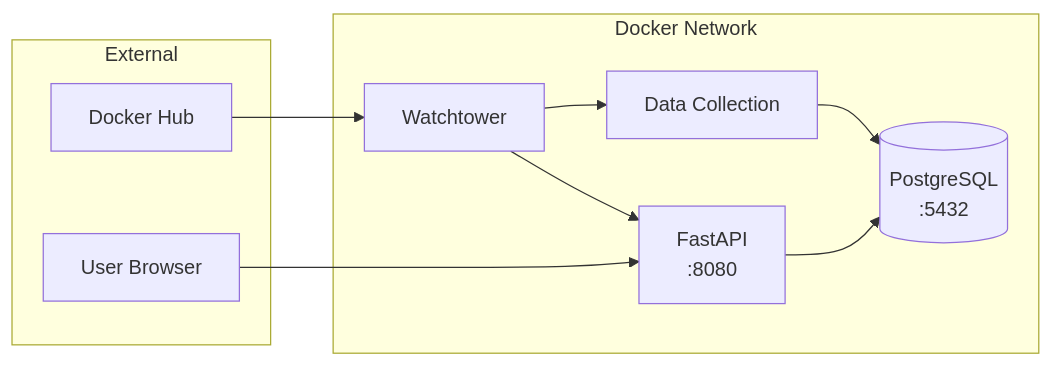
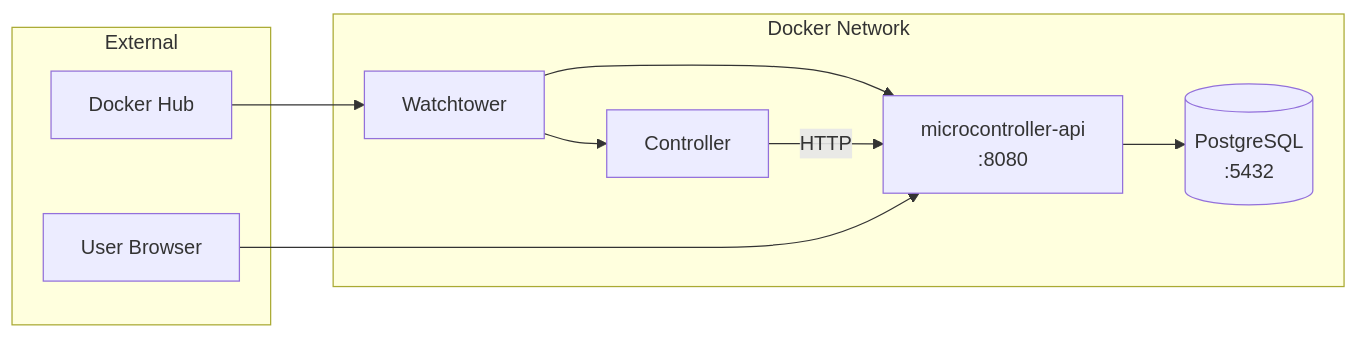
Before and after one commit to GreenThumbProject/docs: the second of 6 diagrams in docs/architecture/diagrams.md, drawn with Mermaid. The commit also changed other lines of this file and 17 other files, not shown here.

````diff
--- a/docs/architecture/diagrams.md
+++ b/docs/architecture/diagrams.md
@@ -37,21 +37,21 @@
 ```mermaid
 graph LR
     subgraph "Docker Network"
         DB[(PostgreSQL<br/>:5432)]
-        API[FastAPI<br/>:8080]
-        DC[Data Collection]
+        API[microcontroller-api<br/>:8080]
+        CTRL[Controller]
         WT[Watchtower]
     end
     
     subgraph "External"
         DH[Docker Hub]
         USER[User Browser]
     end
     
-    DC --> DB
+    CTRL -->|HTTP| API
     API --> DB
     USER --> API
     DH --> WT
     WT --> API
-    WT --> DC
+    WT --> CTRL
 ```
````
